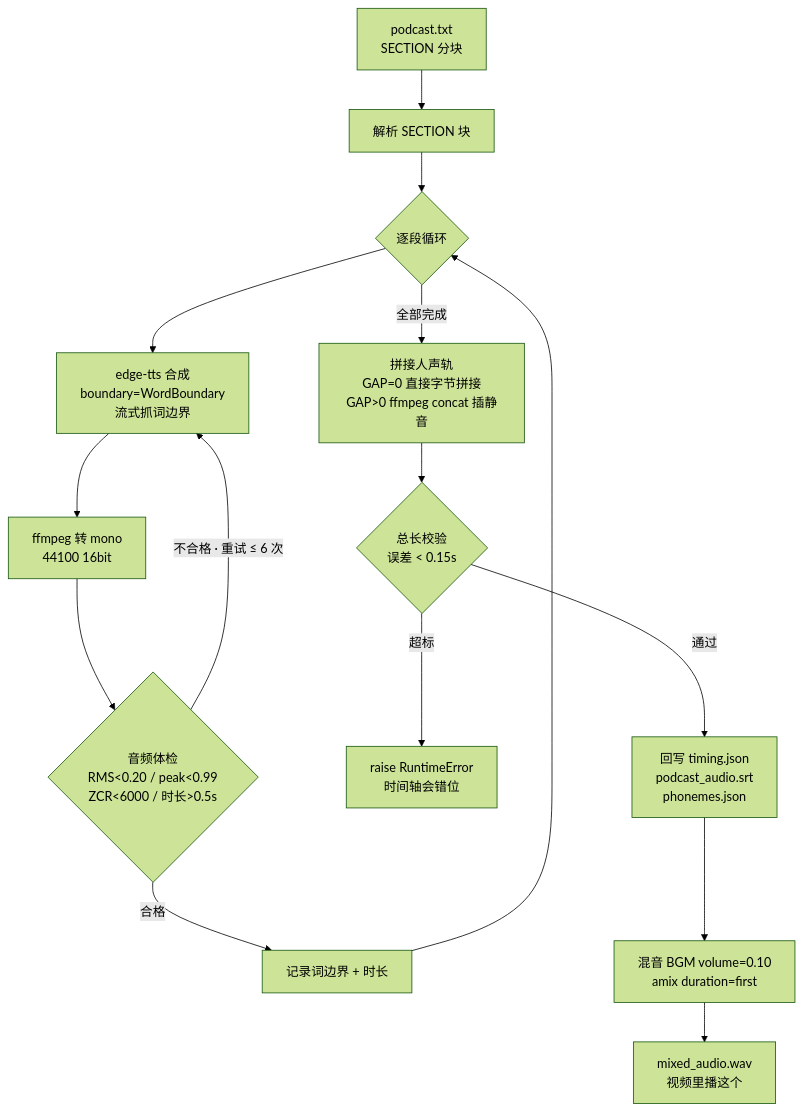
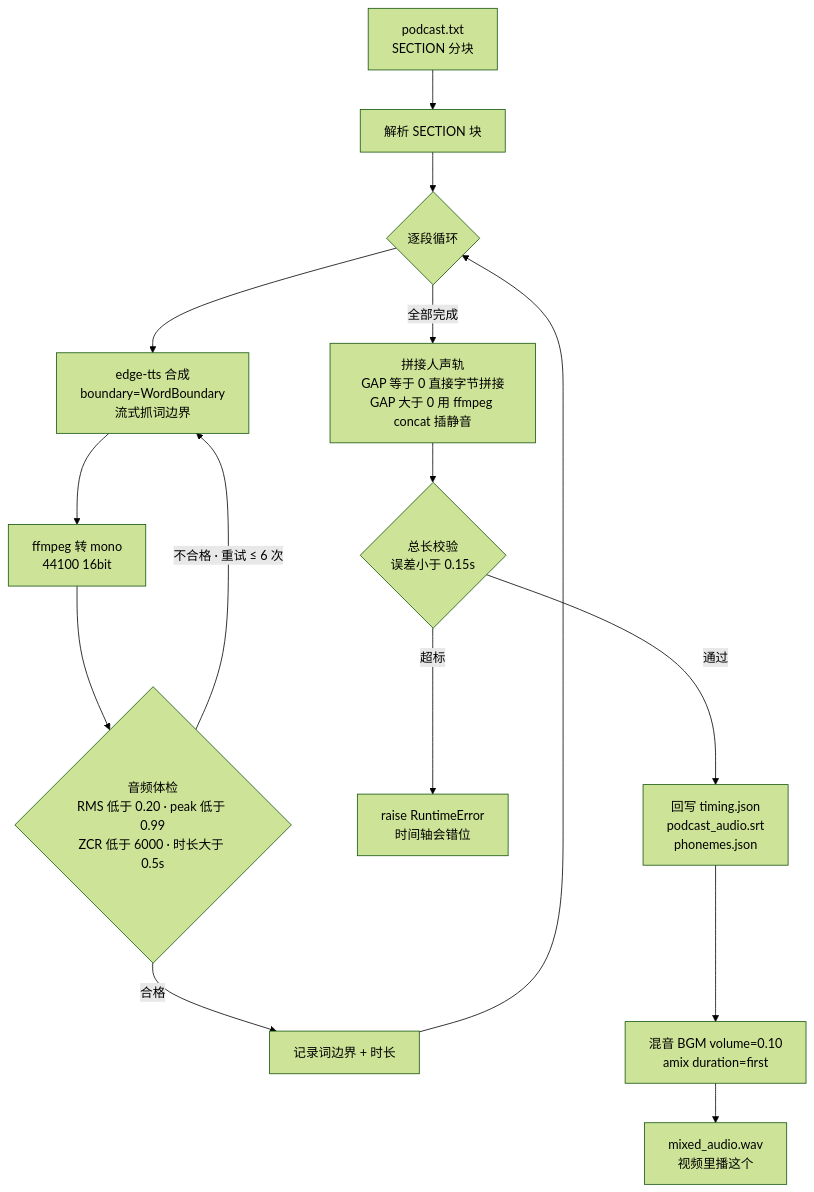
The fourth of 8 diagrams in docs/flowcharts.md (SpenBug/mcm-video-pipeline), drawn with Mermaid (forest theme) before and after one commit. The commit also changed other lines of this file and 1 other file, not shown here.

Commit message:
fix: 修掉 Mermaid 节点标签里的尖括号，避免 GitHub 解析成 HTML 标签

````diff
--- a/docs/flowcharts.md
+++ b/docs/flowcharts.md
@@ -146,19 +146,19 @@
 ```mermaid
 flowchart TD
     TXT["podcast.txt<br/>SECTION 分块"] --> Parse["解析 SECTION 块"]
     Parse --> Loop{"逐段循环"}
 
     Loop --> TTS["edge-tts 合成<br/>boundary=WordBoundary<br/>流式抓词边界"]
     TTS --> Wav["ffmpeg 转 mono<br/>44100 16bit"]
-    Wav --> Health{"音频体检<br/>RMS<0.20 / peak<0.99<br/>ZCR<6000 / 时长>0.5s"}
+    Wav --> Health{"音频体检<br/>RMS 低于 0.20 · peak 低于 0.99<br/>ZCR 低于 6000 · 时长大于 0.5s"}
     Health -->|"不合格 · 重试 ≤ 6 次"| TTS
     Health -->|"合格"| Rec["记录词边界 + 时长"]
     Rec --> Loop
 
-    Loop -->|"全部完成"| Concat["拼接人声轨<br/>GAP=0 直接字节拼接<br/>GAP>0 ffmpeg concat 插静音"]
-    Concat --> Len{"总长校验<br/>误差 < 0.15s"}
+    Loop -->|"全部完成"| Concat["拼接人声轨<br/>GAP 等于 0 直接字节拼接<br/>GAP 大于 0 用 ffmpeg concat 插静音"]
+    Concat --> Len{"总长校验<br/>误差小于 0.15s"}
     Len -->|"超标"| Fail["raise RuntimeError<br/>时间轴会错位"]
     Len -->|"通过"| Write["回写 timing.json<br/>podcast_audio.srt<br/>phonemes.json"]
     Write --> Mix["混音 BGM volume=0.10<br/>amix duration=first"]
     Mix --> Out["mixed_audio.wav<br/>视频里播这个"]
 ```
````
